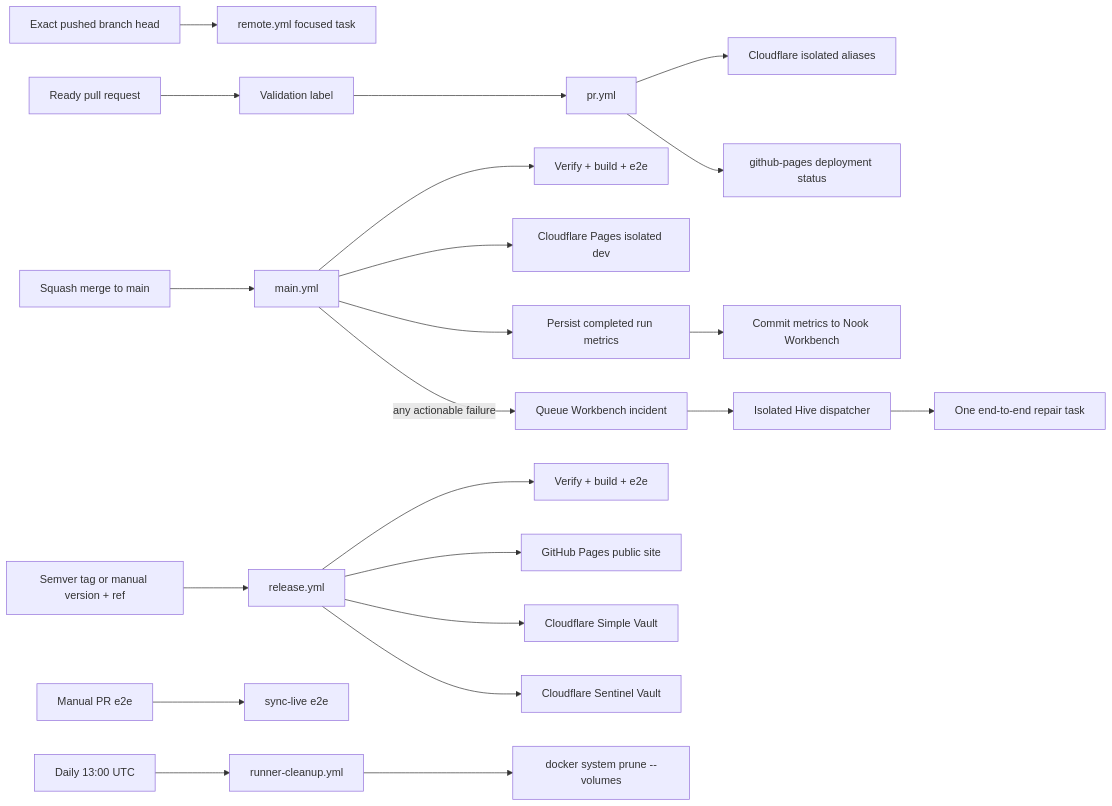
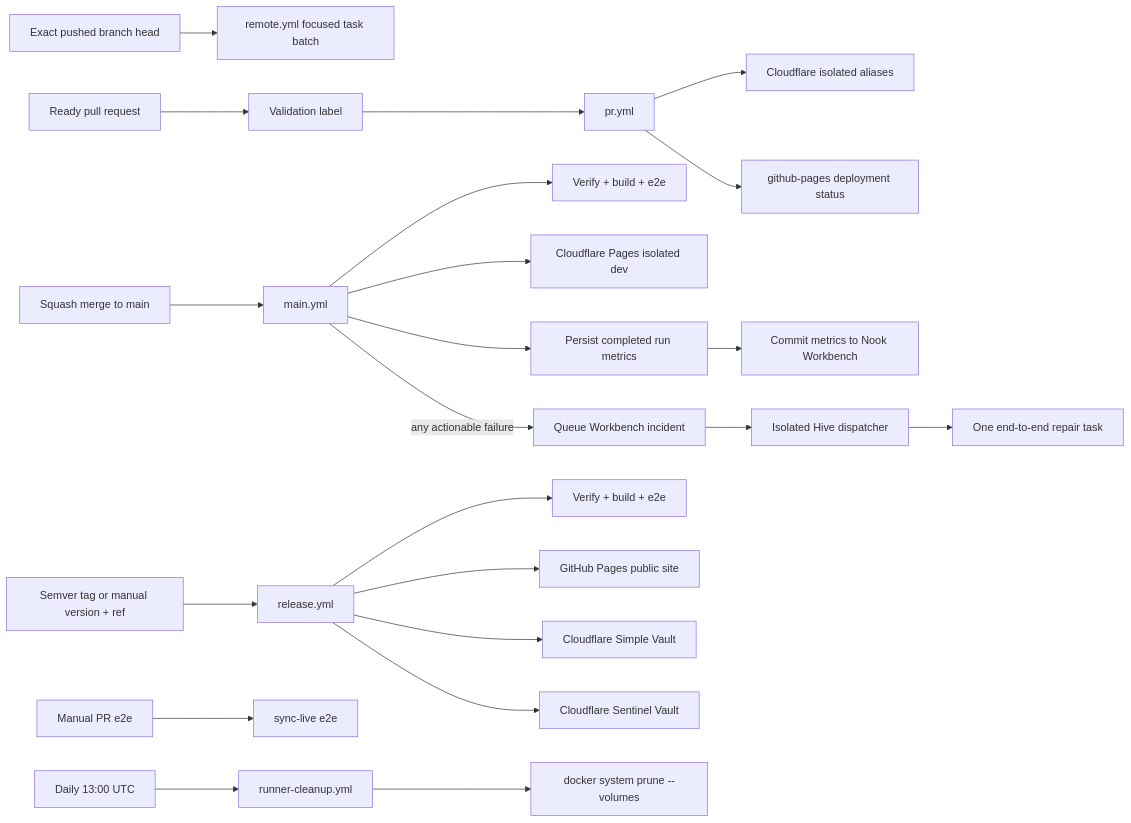
One commit to meta-secret/nook changed the diagram in .cortex/workflows/ci-pipeline.md. Above: the diagram before and after it, drawn with Mermaid. The commit also changed other lines of this file and 10 other files, not shown here.

Commit message:
ci: batch focused remote tasks

````diff
--- a/.cortex/workflows/ci-pipeline.md
+++ b/.cortex/workflows/ci-pipeline.md
@@ -122,28 +124,28 @@
 ```mermaid
 flowchart LR
-  branch[Exact pushed branch head] --> remote_yml[remote.yml focused task]
+  branch[Exact pushed branch head] --> remote_yml[remote.yml focused task batch]
   PR[Ready pull request] --> label[Validation label]
   label --> pr_yml[pr.yml]
   pr_yml --> preview[Cloudflare isolated aliases]
   pr_yml --> pr_deployment[github-pages deployment status]
 
   merge[Squash merge to main] --> main_yml[main.yml]
   main_yml --> main_verify[Verify + build + e2e]
   main_yml --> cf_dev[Cloudflare Pages isolated dev]
   main_yml --> main_stats[Persist completed run metrics]
   main_stats --> workbench_stats[Commit metrics to Nook Workbench]
   main_yml -->|any actionable failure| main_failure[Queue Workbench incident]
   main_failure --> hive_dispatcher[Isolated Hive dispatcher]
   hive_dispatcher --> hive_worker[One end-to-end repair task]
 
   release[Semver tag or manual version + ref] --> release_yml[release.yml]
   release_yml --> release_verify[Verify + build + e2e]
   release_yml --> pages[GitHub Pages public site]
   release_yml --> simple_cf[Cloudflare Simple Vault]
   release_yml --> sentinel_cf[Cloudflare Sentinel Vault]
 
   manual_e2e[Manual PR e2e] --> e2e_live[sync-live e2e]
 
   cleanup_cron[Daily 13:00 UTC] --> cleanup[runner-cleanup.yml]
   cleanup --> docker_prune["docker system prune --volumes"]
 ```
````
